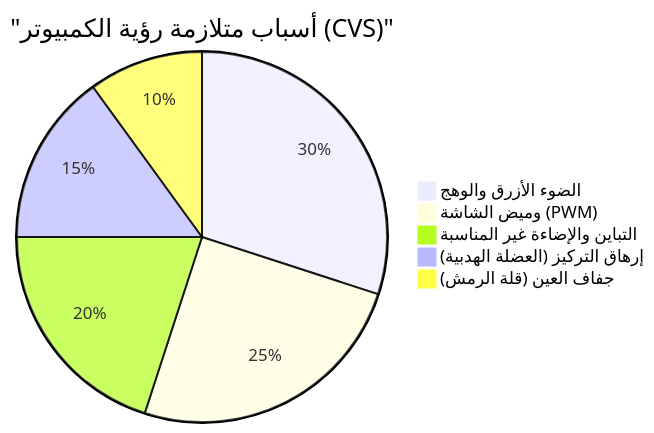
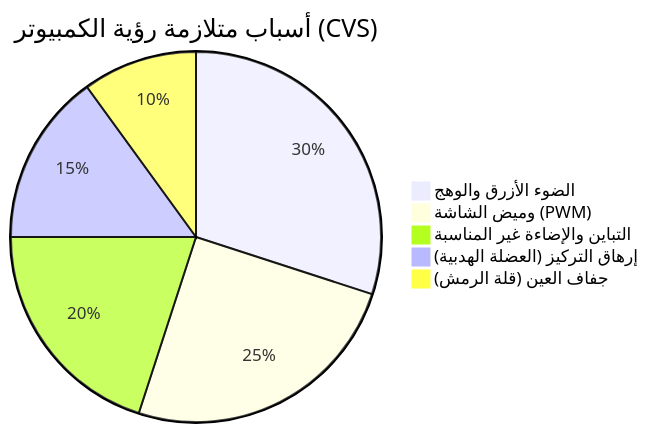
Before and after one commit to kenjinote/blog: the first of 4 diagrams in content/post/eye_strain_relief/index.ar.md, drawn with Mermaid. The commit also changed other lines of this file and 703 other files, not shown here.

Commit message:
Fix: Remove quotes from Mermaid link texts and timeline definitions to support Mermaid 11.4.1

````diff
--- a/content/post/eye_strain_relief/index.ar.md
+++ b/content/post/eye_strain_relief/index.ar.md
@@ -24,8 +24,8 @@
 ```mermaid
-pie title "أسباب متلازمة رؤية الكمبيوتر (CVS)"
+pie title أسباب متلازمة رؤية الكمبيوتر (CVS)
     "الضوء الأزرق والوهج" : 30
     "وميض الشاشة (PWM)" : 25
     "التباين والإضاءة غير المناسبة" : 20
     "إرهاق التركيز (العضلة الهدبية)" : 15
     "جفاف العين (قلة الرمش)" : 10
 ```
````
